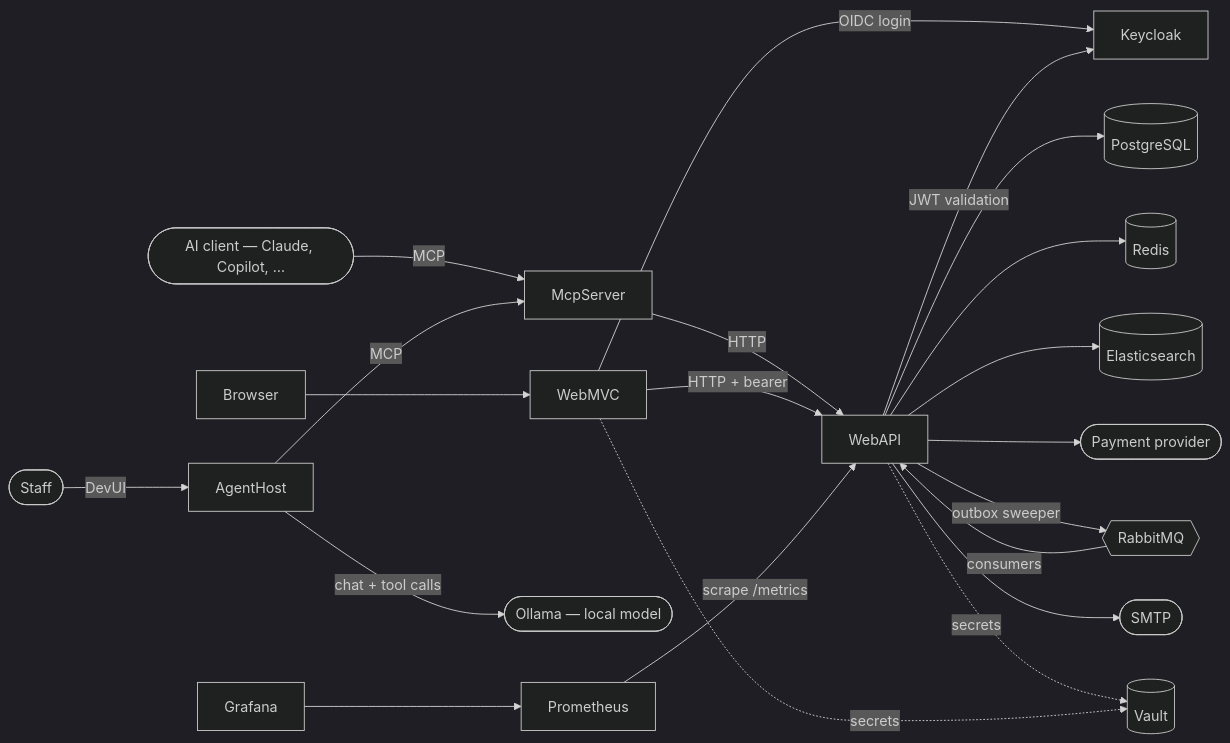
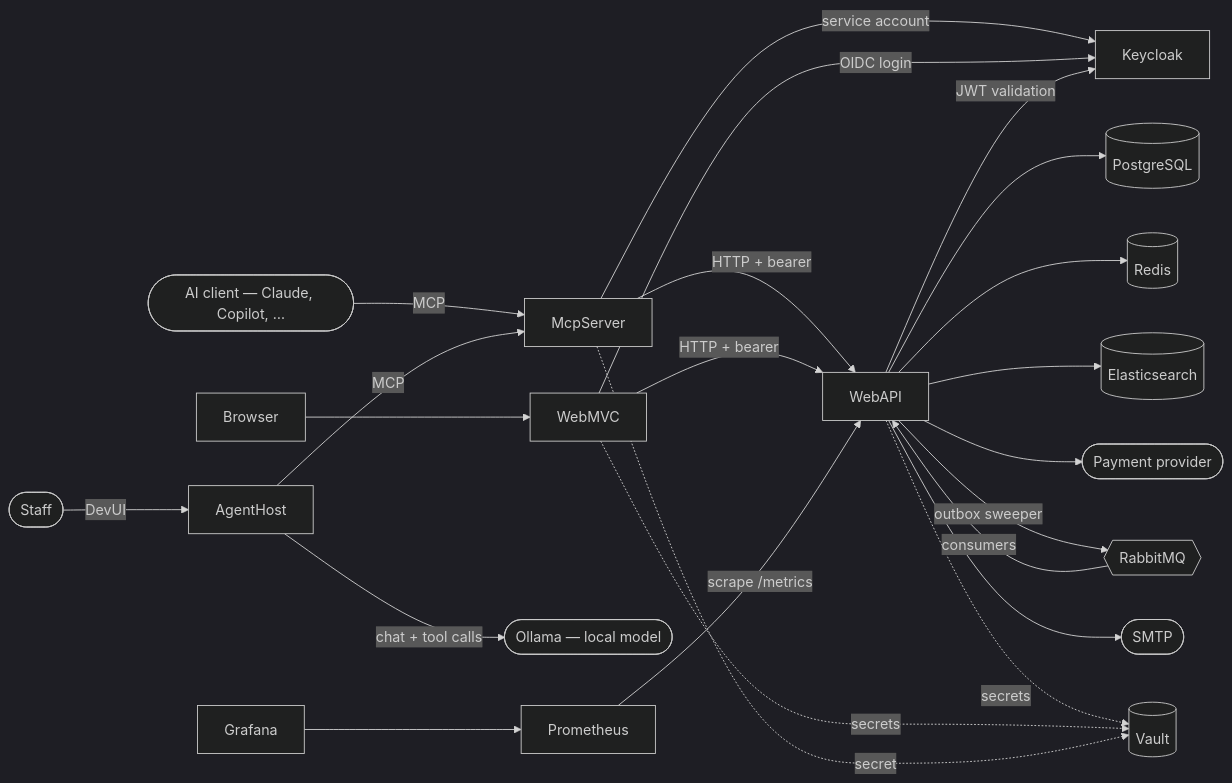
Before and after one commit to furkanpasaoglu/StadiaPass: the first of 2 diagrams in README.md, drawn with Mermaid (dark theme). The commit also changed other lines of this file and 22 other files, not shown here.

````diff
--- a/README.md
+++ b/README.md
@@ -116,23 +116,25 @@
 ```mermaid
 flowchart LR
   Browser --> WebMVC
   AI([AI client — Claude, Copilot, …]) -->|MCP| McpServer
   Staff([Staff]) -->|DevUI| AgentHost
   AgentHost -->|MCP| McpServer
   AgentHost -->|chat + tool calls| Ollama([Ollama — local model])
-  McpServer -->|HTTP| WebAPI
+  McpServer -->|HTTP + bearer| WebAPI
+  McpServer -->|service account| Keycloak
   WebMVC -->|HTTP + bearer| WebAPI
   WebMVC -->|OIDC login| Keycloak
   WebAPI -->|JWT validation| Keycloak
   WebAPI --> Postgres[(PostgreSQL)]
   WebAPI --> Redis[(Redis)]
   WebAPI --> Elastic[(Elasticsearch)]
   WebAPI --> Stripe([Payment provider])
   WebAPI -->|outbox sweeper| Rabbit{{RabbitMQ}}
   Rabbit -->|consumers| WebAPI
   WebAPI --> SMTP([SMTP])
   WebAPI -.secrets.-> Vault[(Vault)]
   WebMVC -.secrets.-> Vault
+  McpServer -.secret.-> Vault
   Prometheus -->|scrape /metrics| WebAPI
   Grafana --> Prometheus
 ```
````
